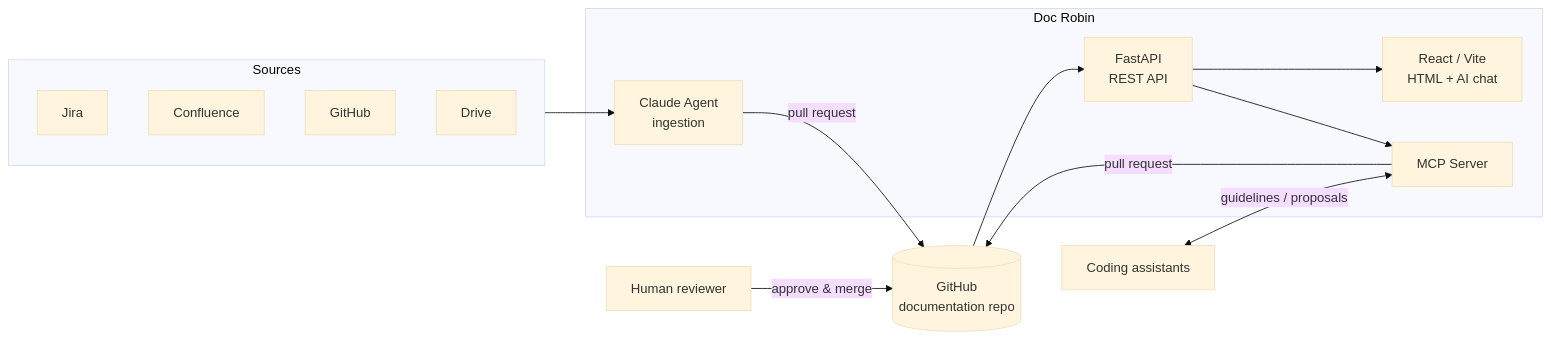
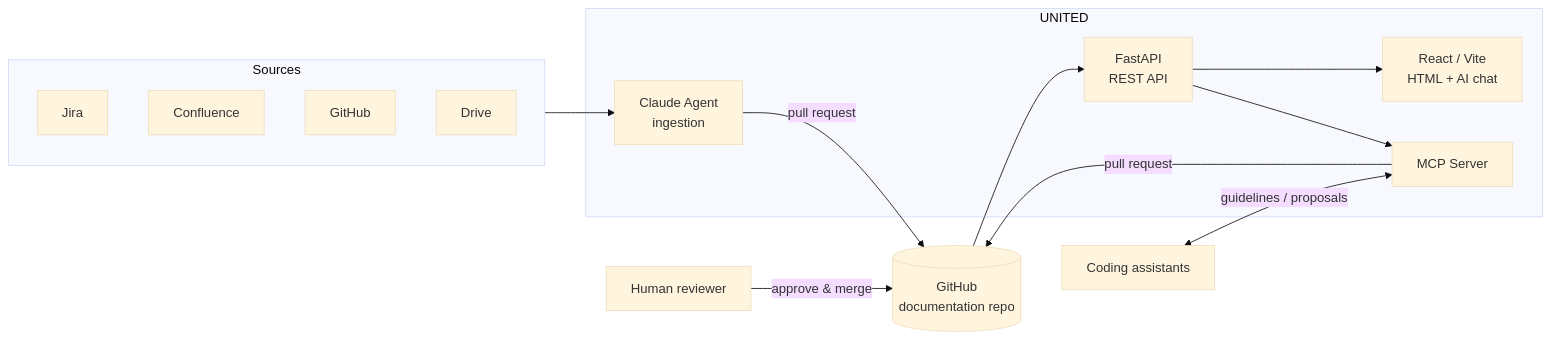
One commit to ntrossat/ohara changed the diagram in README.md. Above: the diagram before and after it, drawn with Mermaid (base theme). The commit also changed other lines of this file and 1 other file, not shown here.

Commit message:
docs: rename project from Doc Robin to UNITED

````diff
--- a/README.md
+++ b/README.md
@@ -56,29 +56,29 @@
 ```mermaid
 flowchart LR
     subgraph Sources
         J[Jira]
         C[Confluence]
         G[GitHub]
         D[Drive]
     end
 
-    subgraph DocRobin[Doc Robin]
+    subgraph UNITED[UNITED]
         A[Claude Agent<br/>ingestion]
         API[FastAPI<br/>REST API]
         MCP[MCP Server]
         UI[React / Vite<br/>HTML + AI chat]
     end
 
     REPO[(GitHub<br/>documentation repo)]
     H[Human reviewer]
     CA[Coding assistants]
 
     Sources --> A
     A -->|pull request| REPO
     CA <-->|guidelines / proposals| MCP
     MCP -->|pull request| REPO
     H -->|approve & merge| REPO
     REPO --> API
     API --> UI
     API --> MCP
 ```
````
